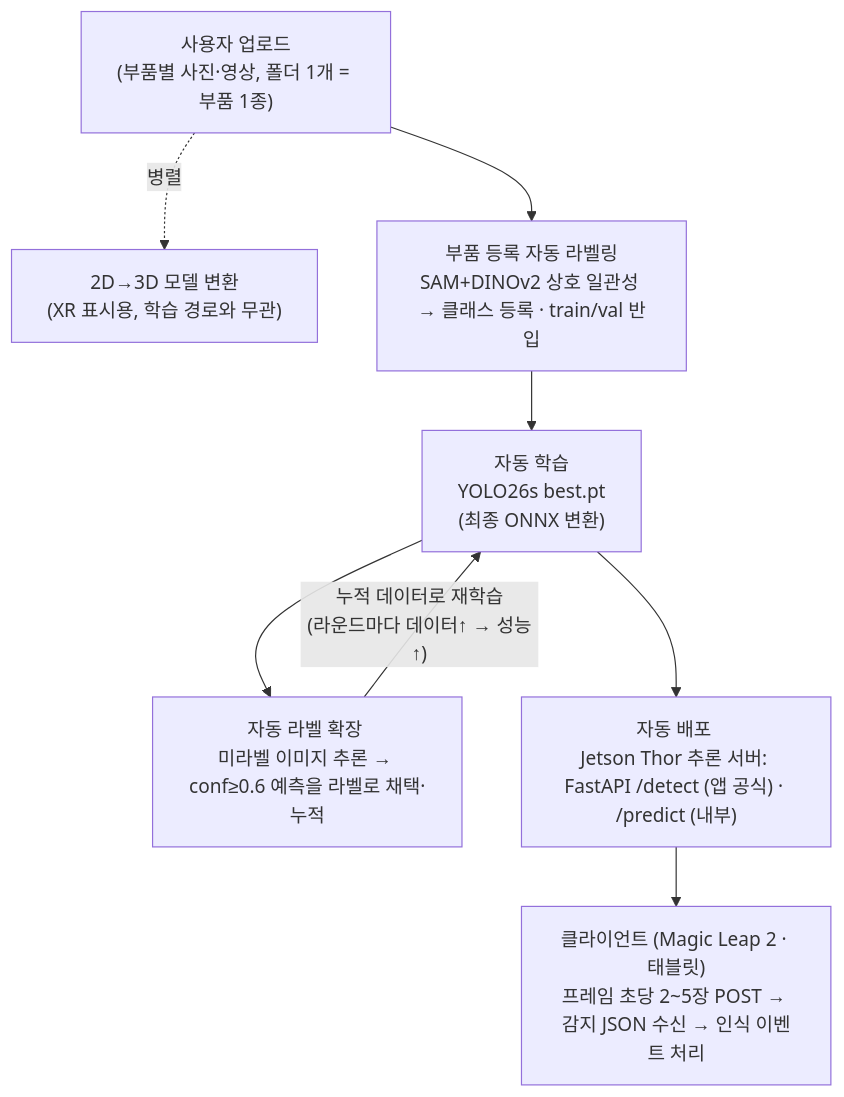
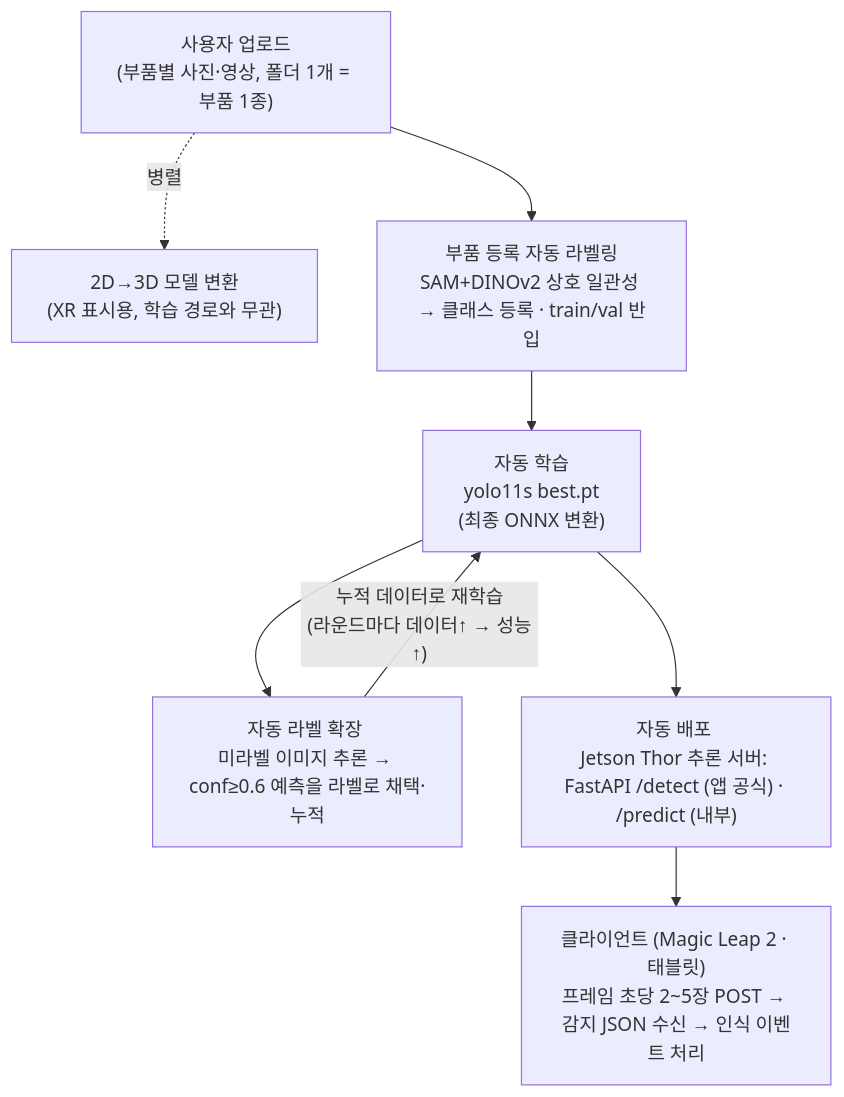
The diagram in README.md (ev1025/auto_annotation_learning), drawn with Mermaid before and after one commit. The commit also changed other lines of this file and 15 other files, not shown here.

````diff
--- a/README.md
+++ b/README.md
@@ -32,15 +32,15 @@
 ```mermaid
 flowchart TD
     A["사용자 업로드<br/>(부품별 사진·영상, 폴더 1개 = 부품 1종)"]
     A2["2D→3D 모델 변환<br/>(XR 표시용, 학습 경로와 무관)"]
     B["부품 등록 자동 라벨링<br/>SAM+DINOv2 상호 일관성 → 클래스 등록 · train/val 반입"]
-    C["자동 학습<br/>YOLO26s best.pt <br/>(최종 ONNX 변환)"]
+    C["자동 학습<br/>yolo11s best.pt <br/>(최종 ONNX 변환)"]
     D["자동 라벨 확장 <br/>미라벨 이미지 추론 → conf≥0.6 예측을 라벨로 채택·누적"]
     E["자동 배포 <br/>Jetson Thor 추론 서버: <br/>FastAPI /detect (앱 공식) · /predict (내부)"]
     F["클라이언트 (Magic Leap 2 · 태블릿)<br/>프레임 초당 2~5장 POST → 감지 JSON 수신 → 인식 이벤트 처리"]
 
     A --> B --> C --> D
     A -. 병렬 .-> A2
     D -- "누적 데이터로 재학습<br/>(라운드마다 데이터↑ → 성능↑)" --> C
     C --> E --> F
 ```
````
